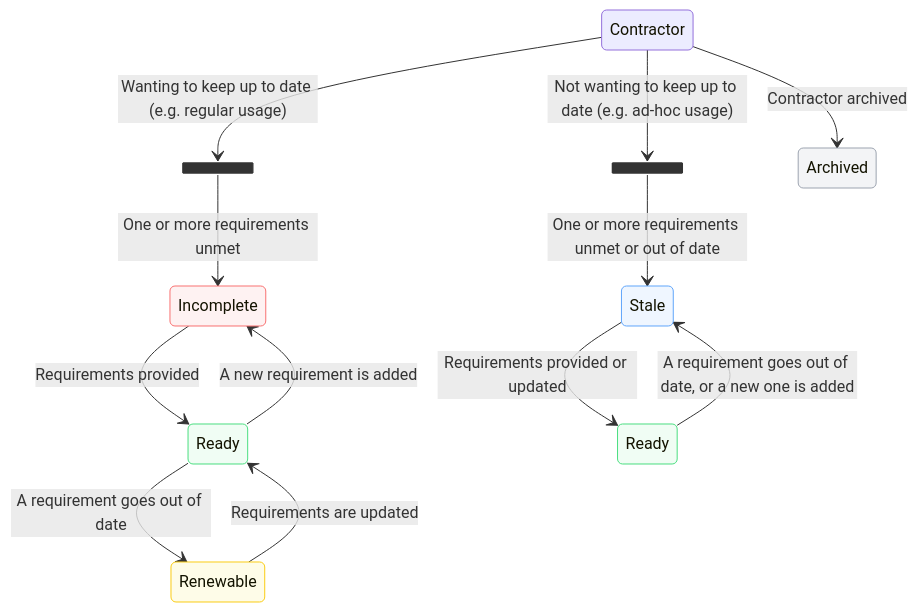
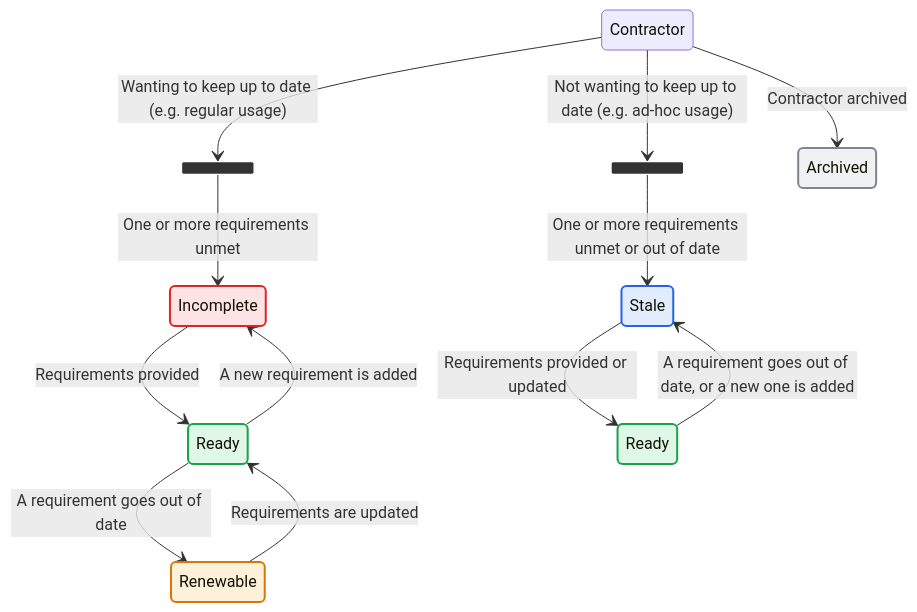
One commit to opus-safety/opus-knowledge-base changed the first of 2 diagrams in docs/drafts/contractor-and-project-statuses.md. Above: the diagram before and after it, drawn with Mermaid.

Commit message:
Update contractor and project statuses
Published via More Buttons Chrome Extension

````diff
--- a/docs/drafts/contractor-and-project-statuses.md
+++ b/docs/drafts/contractor-and-project-statuses.md
@@ -32,33 +32,33 @@
     ```mermaid
     ---
     config:
       layout: dagre
     ---
     stateDiagram
       direction TB
-      classDef renewable stroke:#facc15,fill:#fefce8;
-      classDef incomplete stroke:#f87171,fill:#fef2f2;
-      classDef stale stroke:#60a5fa,fill:#eff6ff;
-      classDef archived stroke:#9ca3af,fill:#f3f4f6;
-      classDef ready stroke:#4ade80,fill:#f0fdf4;
+      classDef renewable stroke:#d97706,fill:#f59e0b26,stroke-width:2px;
+      classDef incomplete stroke:#dc2626,fill:#ef444426,stroke-width:2px;
+      classDef stale stroke:#2563eb,fill:#3b82f626,stroke-width:2px;
+      classDef archived stroke:#7d8590,fill:#9ca3af26,stroke-width:2px;
+      classDef ready stroke:#16a34a,fill:#22c55e26,stroke-width:2px;
       state s1 <<fork>>
       state s2 <<fork>>
       Renewable --> Ready:Requirements are updated
       root_start --> s1:Wanting to keep up to date (e.g. regular usage)
       root_start --> s2:Not wanting to keep up to date (e.g. ad-hoc usage)
       s2 --> Stale:One or more requirements unmet or out of date
       s1 --> Incomplete:One or more requirements unmet
       Incomplete --> Ready:Requirements provided
       Ready --> Renewable:A requirement goes out of date
       root_start --> Archived:Contractor archived
       Stale --> s3:Requirements provided or updated
       s3 --> Stale:A requirement goes out of date, or a new one is added
       Ready --> Incomplete:A new requirement is added
       root_start:Contractor
       s3:Ready
       class Renewable renewable
       class Incomplete incomplete
       class Stale stale
       class Archived archived
       class Ready,s3 ready
     ```
````
